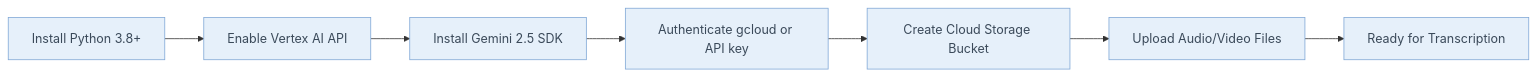
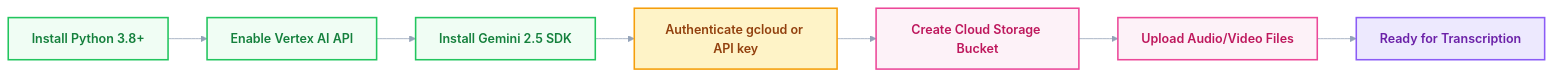
Before and after one commit to raphaelmansuy/tutorials: the second of 2 diagrams in 25-video-transcription-with-gemini-2-5.md, drawn with Mermaid. The commit also changed other lines of this file, not shown here.

Commit message:
Fix transcription cost details and enhance flowchart styling for clarity and organization in the video transcription tutorial.

````diff
--- a/25-video-transcription-with-gemini-2-5.md
+++ b/25-video-transcription-with-gemini-2-5.md
@@ -232,11 +248,27 @@
 ```mermaid
 flowchart LR
-    A[Install Python 3.8+]:::pastel --> B[Enable Vertex AI API]:::pastel
-    B --> C[Install Gemini 2.5 SDK]:::pastel
-    C --> D["Authenticate gcloud or API key"]:::pastel
-    D --> E[Create Cloud Storage Bucket]:::pastel
-    E --> F[Upload Audio/Video Files]:::pastel
-    F --> G[Ready for Transcription]:::pastel
-    classDef pastel fill:#e6f0fa,stroke:#7fa7d6,color:#3b4a5a;
-%%{init: { 'themeVariables': { 'background': '#f8fafc', 'primaryColor': '#7fa7d6', 'edgeLabelBackground':'#f8fafc', 'nodeTextColor':'#3b4a5a' }}}%%
+    A[Install Python 3.8+]:::setup --> B[Enable Vertex AI API]:::setup
+    B --> C[Install Gemini 2.5 SDK]:::setup
+    C --> D["Authenticate gcloud or API key"]:::auth
+    D --> E[Create Cloud Storage Bucket]:::storage
+    E --> F[Upload Audio/Video Files]:::storage
+    F --> G[Ready for Transcription]:::ready
+    
+    classDef setup fill:#f0fdf4,stroke:#22c55e,stroke-width:2px,color:#15803d,font-weight:600
+    classDef auth fill:#fef3c7,stroke:#f59e0b,stroke-width:2px,color:#92400e,font-weight:600
+    classDef storage fill:#fdf2f8,stroke:#ec4899,stroke-width:2px,color:#be185d,font-weight:600
+    classDef ready fill:#ede9fe,stroke:#8b5cf6,stroke-width:2px,color:#6b21a8,font-weight:600
+    classDef default color:#475569,stroke:#cbd5e1,stroke-width:1px
+    
+%%{init: { 
+  'themeVariables': { 
+    'background': '#ffffff', 
+    'primaryColor': '#64748b', 
+    'primaryTextColor': '#334155',
+    'primaryBorderColor': '#94a3b8',
+    'lineColor': '#94a3b8',
+    'edgeLabelBackground': '#ffffff',
+    'nodeTextColor': '#334155'
+  }
+}}%%
 ```
````
